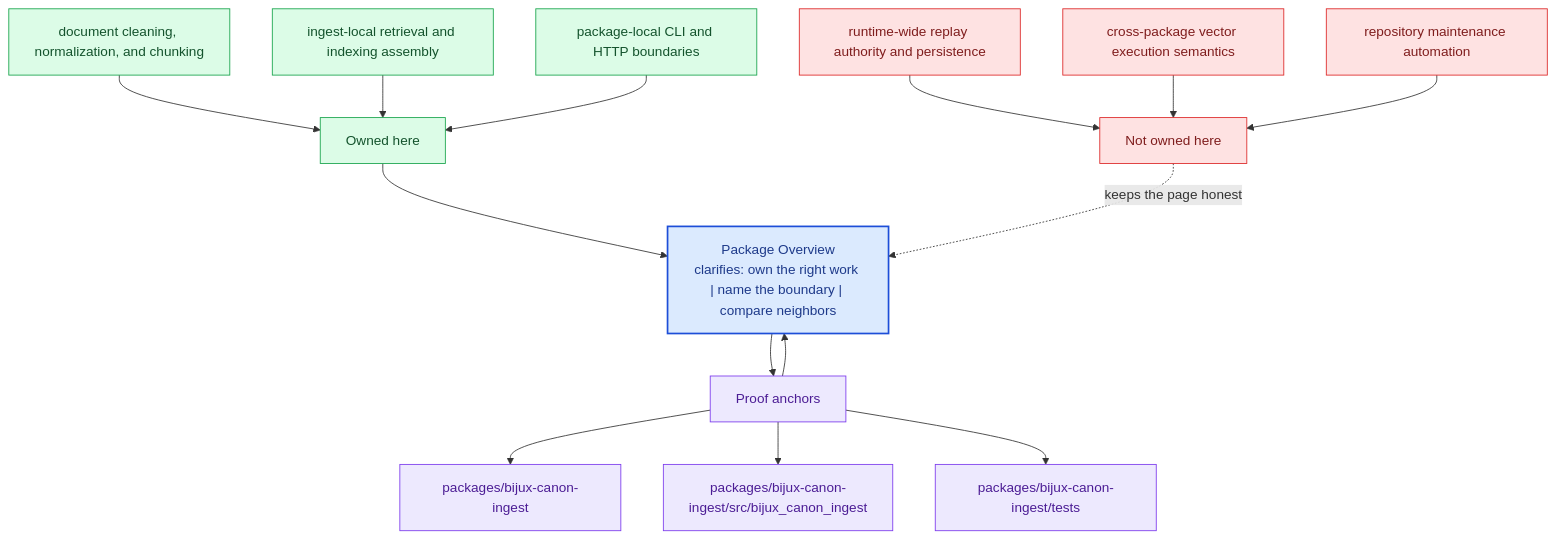
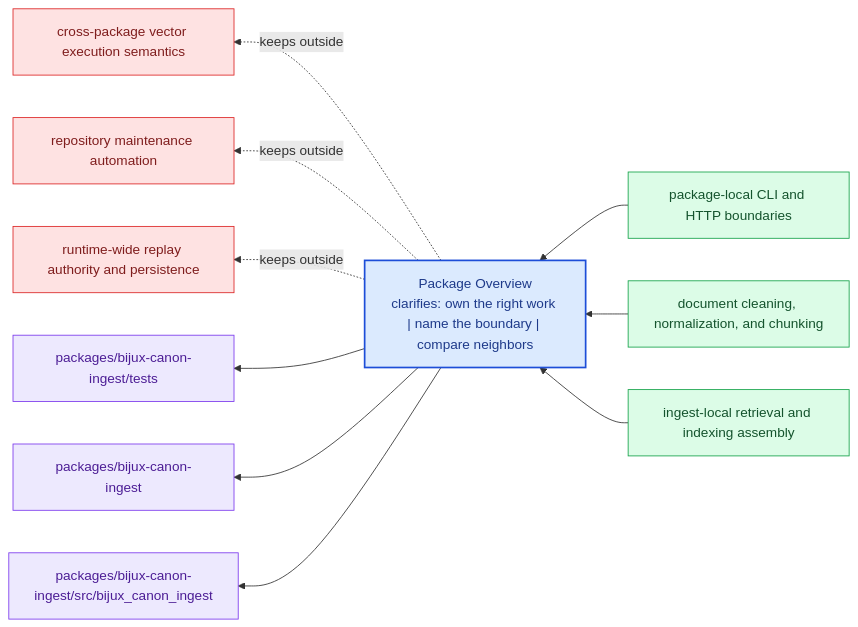
The diagram in docs/bijux-canon-ingest/foundation/package-overview.md (bijux/bijux-canon), drawn with Mermaid before and after one commit. The commit also changed other lines of this file and 281 other files, not shown here.

Commit message:
docs(diagrams): replace repeated mermaid scaffolds with page-specific summaries

````diff
--- a/docs/bijux-canon-ingest/foundation/package-overview.md
+++ b/docs/bijux-canon-ingest/foundation/package-overview.md
@@ -68,40 +23,31 @@
 ```mermaid
-flowchart TB
-    promise["Package Overview<br/>clarifies: own the right work | name the boundary | compare neighbors"]
-    classDef promise fill:#dbeafe,stroke:#1d4ed8,color:#1e3a8a,stroke-width:2px;
-    classDef driver fill:#dcfce7,stroke:#16a34a,color:#14532d;
-    classDef constraint fill:#fee2e2,stroke:#dc2626,color:#7f1d1d;
-    classDef ground fill:#ede9fe,stroke:#7c3aed,color:#4c1d95;
-    focus1["Owned here"]
-    focus1 --> promise
-    focus1_1["document cleaning, normalization, and chunking"]
-    focus1_1 --> focus1
-    focus1_2["ingest-local retrieval and indexing assembly"]
-    focus1_2 --> focus1
-    focus1_3["package-local CLI and HTTP boundaries"]
-    focus1_3 --> focus1
-    class focus1 driver;
-    class focus1_1,focus1_2,focus1_3 driver;
-    focus2["Not owned here"]
-    focus2 -.keeps the page honest.-> promise
-    focus2_1["runtime-wide replay authority and persistence"]
-    focus2_1 --> focus2
-    focus2_2["cross-package vector execution semantics"]
-    focus2_2 --> focus2
-    focus2_3["repository maintenance automation"]
-    focus2_3 --> focus2
-    class focus2 constraint;
-    class focus2_1,focus2_2,focus2_3 constraint;
-    focus3["Proof anchors"]
-    focus3 --> promise
-    promise --> focus3
-    focus3_1["packages/bijux-canon-ingest"]
-    focus3 --> focus3_1
-    focus3_2["packages/bijux-canon-ingest/src/bijux_canon_ingest"]
-    focus3 --> focus3_2
-    focus3_3["packages/bijux-canon-ingest/tests"]
-    focus3 --> focus3_3
-    class focus3 ground;
-    class focus3_1,focus3_2,focus3_3 ground;
-    class promise promise;
+flowchart RL
+    page["Package Overview<br/>clarifies: own the right work | name the boundary | compare neighbors"]
+    classDef page fill:#dbeafe,stroke:#1d4ed8,color:#1e3a8a,stroke-width:2px;
+    classDef positive fill:#dcfce7,stroke:#16a34a,color:#14532d;
+    classDef caution fill:#fee2e2,stroke:#dc2626,color:#7f1d1d;
+    classDef anchor fill:#ede9fe,stroke:#7c3aed,color:#4c1d95;
+    classDef action fill:#fef3c7,stroke:#d97706,color:#7c2d12;
+    own1["package-local CLI and HTTP boundaries"]
+    own1 --> page
+    own2["document cleaning, normalization, and chunking"]
+    own2 --> page
+    own3["ingest-local retrieval and indexing assembly"]
+    own3 --> page
+    limit1["cross-package vector execution semantics"]
+    page -.keeps outside.-> limit1
+    limit2["repository maintenance automation"]
+    page -.keeps outside.-> limit2
+    limit3["runtime-wide replay authority and persistence"]
+    page -.keeps outside.-> limit3
+    anchor1["packages/bijux-canon-ingest/tests"]
+    page --> anchor1
+    anchor2["packages/bijux-canon-ingest"]
+    page --> anchor2
+    anchor3["packages/bijux-canon-ingest/src/bijux_canon_ingest"]
+    page --> anchor3
+    class page page;
+    class own1,own2,own3 positive;
+    class limit1,limit2,limit3 caution;
+    class anchor1,anchor2,anchor3 anchor;
 ```
````
